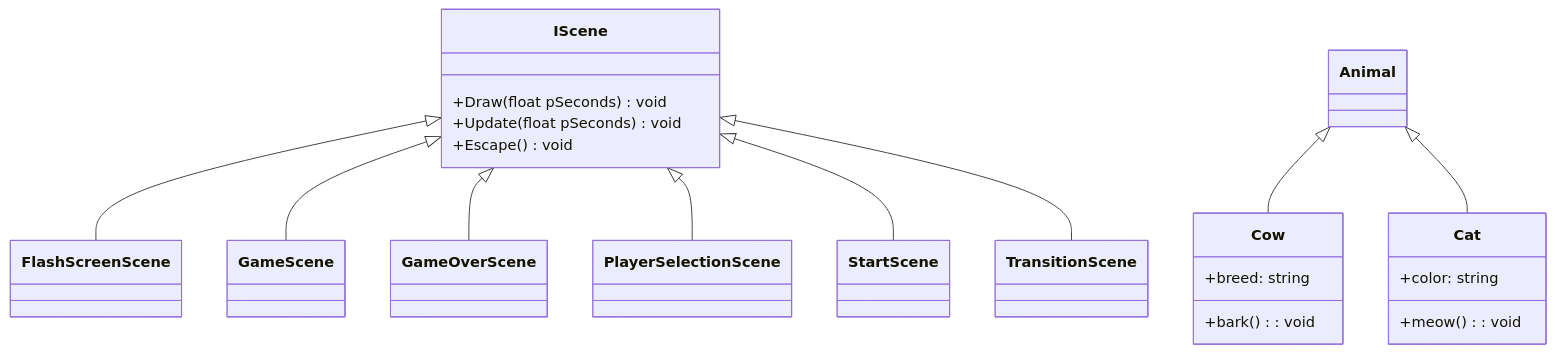
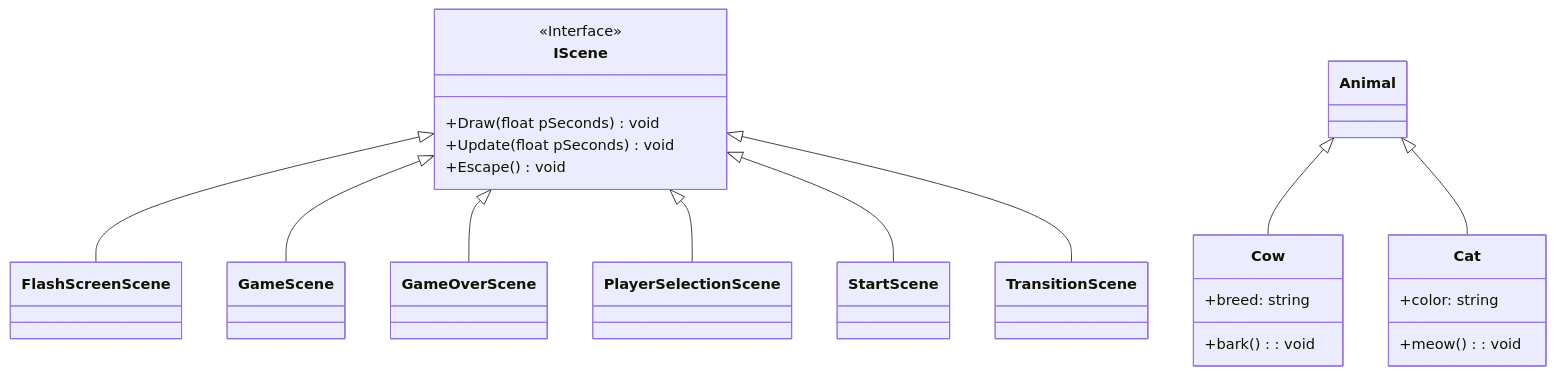
Before and after one commit to Spoingus/TroublesomeTanks_CDP: the diagram in README.md, drawn with Mermaid.

````diff
--- a/README.md
+++ b/README.md
@@ -1,28 +1,27 @@
 ```mermaid
 classDiagram
     IScene <|-- FlashScreenScene
     IScene <|-- GameScene
     IScene <|-- GameOverScene
     IScene <|-- PlayerSelectionScene
     IScene <|-- StartScene
     IScene <|-- TransitionScene
-    class IScene {
-        +Draw(float pSeconds) void
-        +Update(float pSeconds) void
-        +Escape() void
-    }
+    <<Interface>> IScene
+    IScene : +Draw(float pSeconds) void
+    IScene : +Update(float pSeconds) void
+    IScene : +Escape() void
 
     class Cow {
         +breed: string
         +bark(): void
     }
 
     class Cat {
         +color: string
         +meow(): void
     }
 
     Animal <|-- Cow
     Animal <|-- Cat
 
 ```
````
